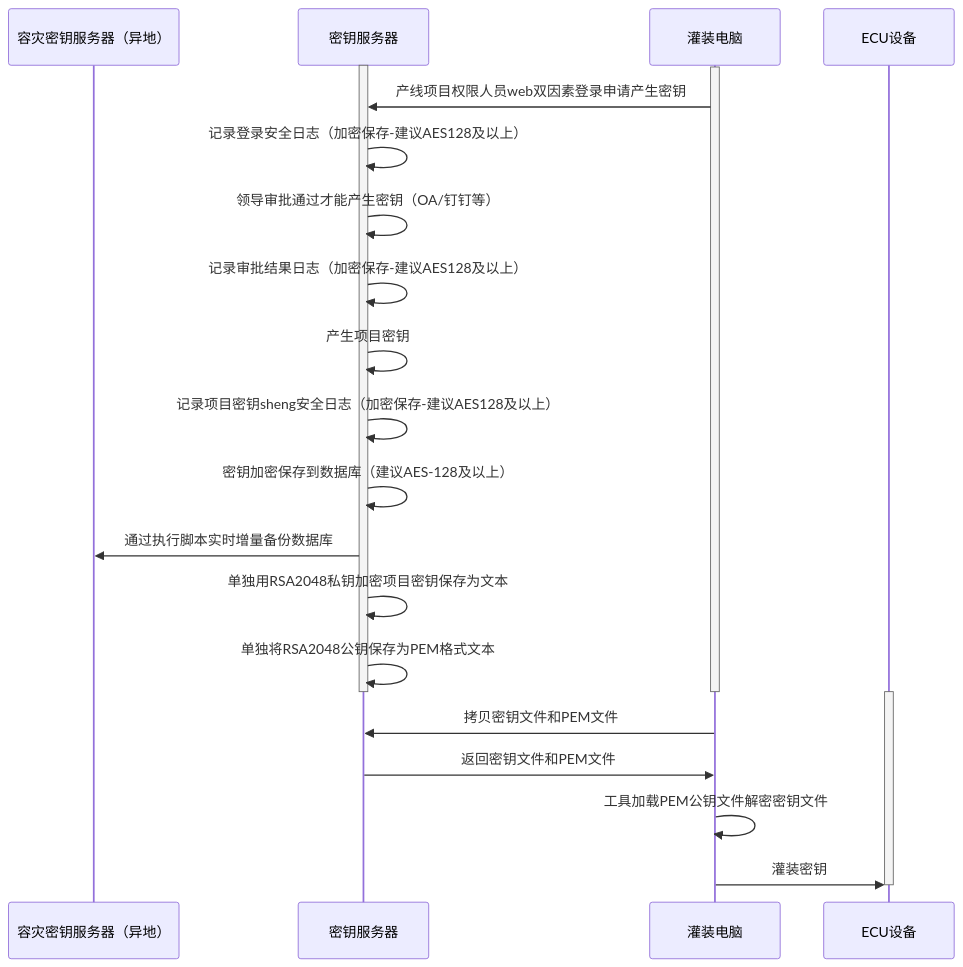
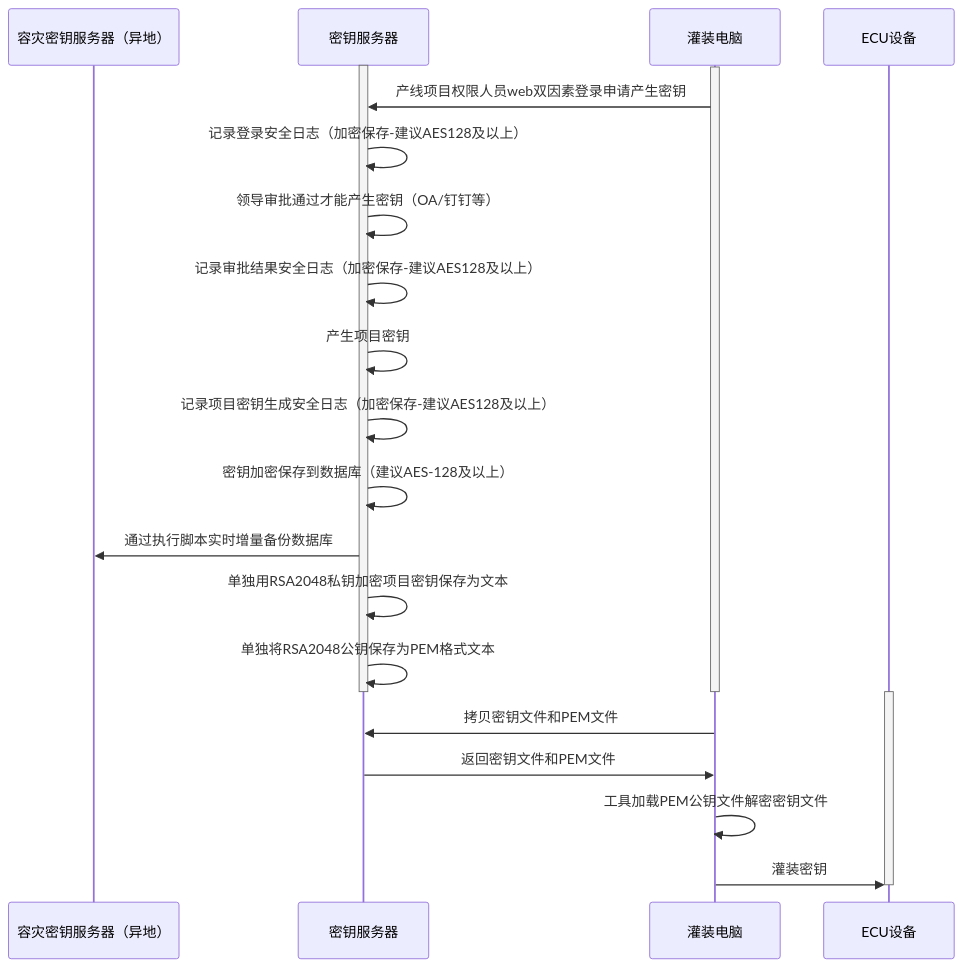
One commit to facebook-cloud/iodraw-files changed the diagram in all/未命名-15.md. Above: the diagram before and after it, drawn with Mermaid.

Commit message:
2026-02-11 19:38:55 update

````diff
--- a/all/未命名-15.md
+++ b/all/未命名-15.md
@@ -1,31 +1,31 @@
 ```mermaid
 sequenceDiagram
     participant A as 容灾密钥服务器（异地）
     participant B as 密钥服务器
     participant D as 灌装电脑
     participant E as ECU设备
 
     activate B
     activate D
     D->>B: 产线项目权限人员web双因素登录申请产生密钥
     B->>B: 记录登录安全日志（加密保存-建议AES128及以上）
     B->>B: 领导审批通过才能产生密钥（OA/钉钉等）
-    B->>B: 记录审批结果日志（加密保存-建议AES128及以上）
+    B->>B: 记录审批结果安全日志（加密保存-建议AES128及以上）
     B->>B: 产生项目密钥
-    B->>B: 记录项目密钥sheng安全日志（加密保存-建议AES128及以上）
+    B->>B: 记录项目密钥生成安全日志（加密保存-建议AES128及以上）
     B->>B: 密钥加密保存到数据库（建议AES-128及以上）
     B->>A: 通过执行脚本实时增量备份数据库
 
     B->>B: 单独用RSA2048私钥加密项目密钥保存为文本
     B->>B: 单独将RSA2048公钥保存为PEM格式文本
     deactivate B
     deactivate D
 
     activate E
     D->>B: 拷贝密钥文件和PEM文件
     B->>D: 返回密钥文件和PEM文件
     D->>D:工具加载PEM公钥文件解密密钥文件
     D->>E: 灌装密钥
     deactivate E
 
 ```
````
